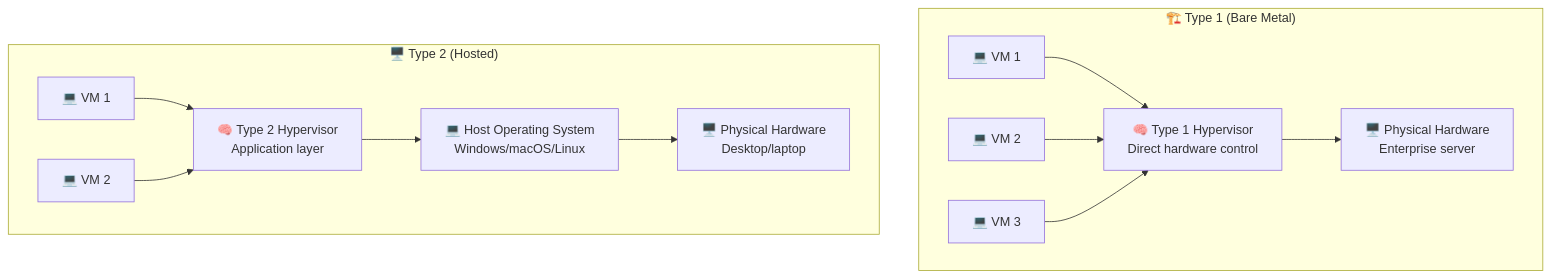
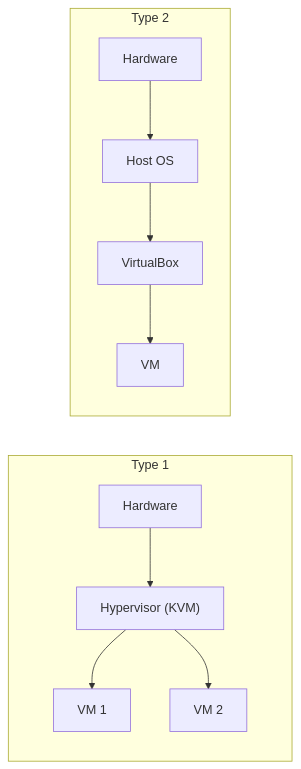
Before and after one commit to kicchhi/DevOps-Intro: the third of 6 diagrams in lectures/lec5.md, drawn with Mermaid. The commit also changed other lines of this file and 11 other files, not shown here.

````diff
--- a/lectures/lec5.md
+++ b/lectures/lec5.md
@@ -626,28 +77,13 @@
 ```mermaid
-flowchart TD
-    subgraph "🏗️ Type 1 (Bare Metal)"
-        t1_vm1["💻 VM 1"]
-        t1_vm2["💻 VM 2"]
-        t1_vm3["💻 VM 3"]
-        t1_hypervisor["🧠 Type 1 Hypervisor<br/>Direct hardware control"]
-        t1_hardware["🖥️ Physical Hardware<br/>Enterprise server"]
-        
-        t1_vm1 --> t1_hypervisor
-        t1_vm2 --> t1_hypervisor
-        t1_vm3 --> t1_hypervisor
-        t1_hypervisor --> t1_hardware
+graph LR
+    subgraph "Type 1"
+        HW1["Hardware"] --> HV1["Hypervisor (KVM)"]
+        HV1 --> VM1["VM 1"]
+        HV1 --> VM2["VM 2"]
     end
-    
-    subgraph "🖥️ Type 2 (Hosted)"
-        t2_vm1["💻 VM 1"]
-        t2_vm2["💻 VM 2"]
-        t2_hypervisor["🧠 Type 2 Hypervisor<br/>Application layer"]
-        t2_hostos["💻 Host Operating System<br/>Windows/macOS/Linux"]
-        t2_hardware["🖥️ Physical Hardware<br/>Desktop/laptop"]
-        
-        t2_vm1 --> t2_hypervisor
-        t2_vm2 --> t2_hypervisor
-        t2_hypervisor --> t2_hostos
-        t2_hostos --> t2_hardware
+    subgraph "Type 2"
+        HW2["Hardware"] --> OS2["Host OS"]
+        OS2 --> HV2["VirtualBox"]
+        HV2 --> VMa["VM"]
     end
 ```
````
